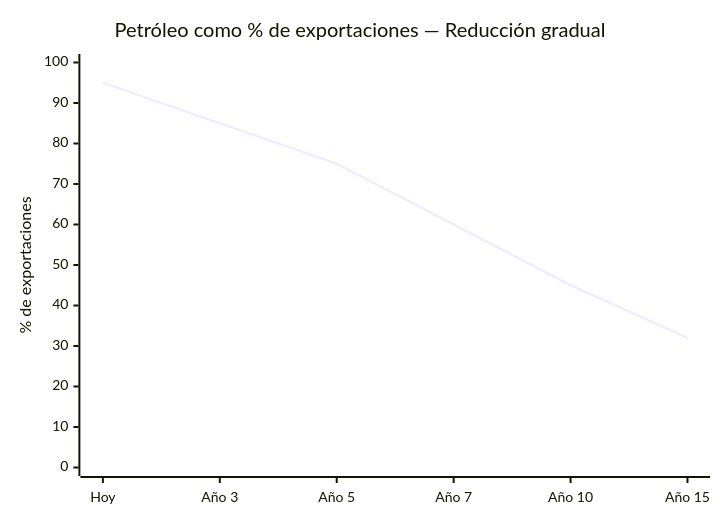
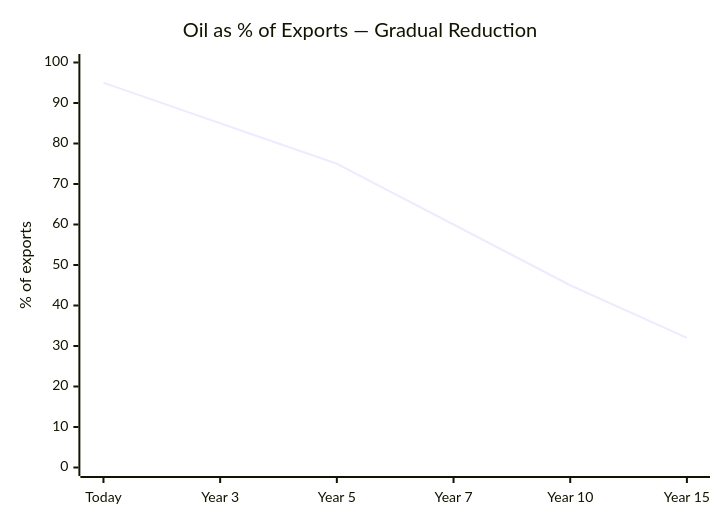
One commit to Venezuela-S-A/venezuela-sa changed the third of 3 diagrams in i18n/en/docusaurus-plugin-content-docs/current/05-transformacion/diversificacion.md. Above: the diagram before and after it, drawn with Mermaid. The commit also changed other lines of this file and 127 other files, not shown here.

````diff
--- a/i18n/en/docusaurus-plugin-content-docs/current/05-transformacion/diversificacion.md
+++ b/i18n/en/docusaurus-plugin-content-docs/current/05-transformacion/diversificacion.md
@@ -146,7 +146,7 @@
 ```mermaid
 xychart-beta
-    title "Petróleo como % de exportaciones — Reducción gradual"
-    x-axis ["Hoy", "Año 3", "Año 5", "Año 7", "Año 10", "Año 15"]
-    y-axis "% de exportaciones" 0 --> 100
+    title "Oil as % of Exports — Gradual Reduction"
+    x-axis ["Today", "Year 3", "Year 5", "Year 7", "Year 10", "Year 15"]
+    y-axis "% of exports" 0 --> 100
     line [95, 85, 75, 60, 45, 32]
 ```
````
